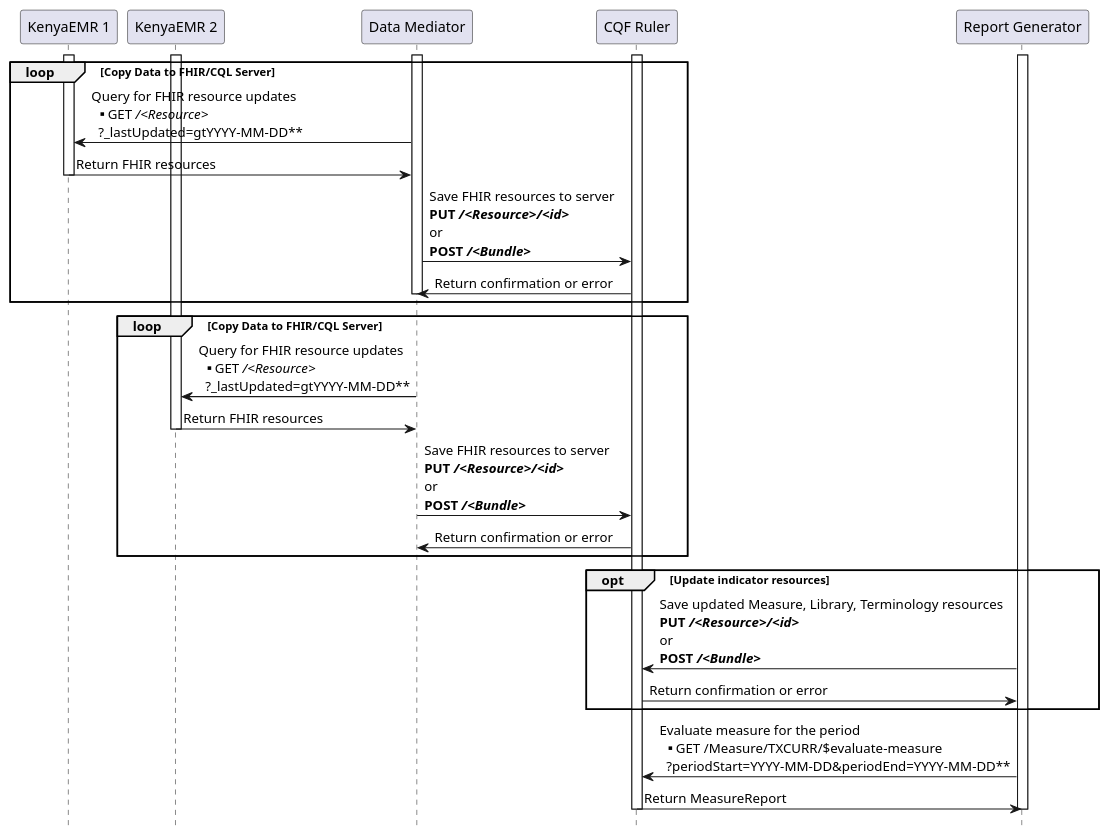
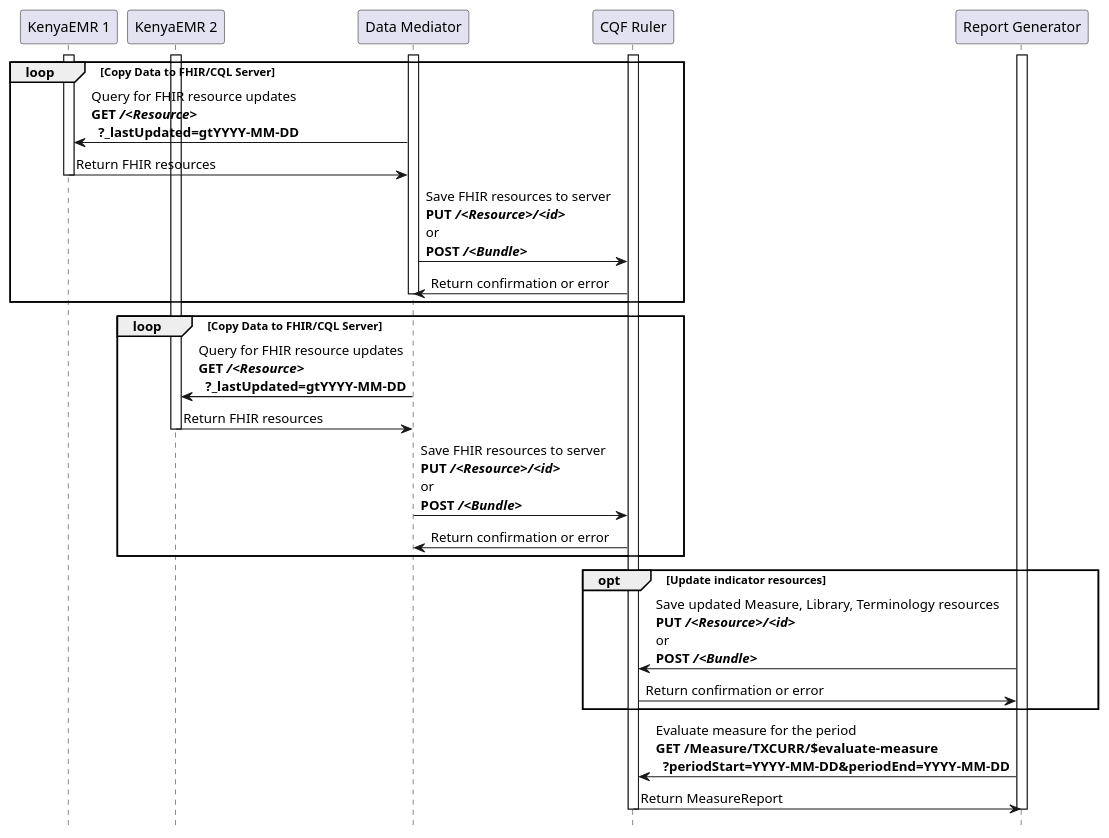
Before and after one commit to PATH-Global-Health/MERindicators: the diagram in input/images-source/multiple-workflow.plantuml, drawn with PlantUML. The commit also changed 2 other files, not shown here.

Commit message:
Fixed formatting error in plantuml files over linefeed.

```diff
--- a/input/images-source/multiple-workflow.plantuml
+++ b/input/images-source/multiple-workflow.plantuml
@@ -1,44 +1,44 @@
 @startuml
 skinparam svgDimensionStyle false
 hide footbox
 participant "KenyaEMR 1" as EMR1
 participant "KenyaEMR 2" as EMR2
 participant "Data Mediator" as Data
 participant "CQF Ruler" as CQL
 participant "Report Generator" as Report 
 
 activate CQL
 loop Copy Data to FHIR/CQL Server
   activate Data
   activate EMR1
-  Data -> EMR1: Query for FHIR resource updates\n**GET ///<Resource>//\n  ?_lastUpdated=gtYYYY-MM-DD**
+  Data -> EMR1: Query for FHIR resource updates\n**GET ///<Resource>//**\n  **?_lastUpdated=gtYYYY-MM-DD**
   EMR1 -> Data: Return FHIR resources
   deactivate EMR1
   Data -> CQL: Save FHIR resources to server\n**PUT ///<Resource>/////<id>//**\nor\n**POST ///<Bundle>//**
   CQL -> Data: Return confirmation or error
   deactivate Data
 end
 
 loop Copy Data to FHIR/CQL Server
   activate Data
   activate EMR2
-  Data -> EMR2: Query for FHIR resource updates\n**GET ///<Resource>//\n  ?_lastUpdated=gtYYYY-MM-DD**
+  Data -> EMR2: Query for FHIR resource updates\n**GET ///<Resource>//**\n  **?_lastUpdated=gtYYYY-MM-DD**
   EMR2 -> Data: Return FHIR resources
   deactivate EMR2
   Data -> CQL: Save FHIR resources to server\n**PUT ///<Resource>/////<id>//**\nor\n**POST ///<Bundle>//**
   CQL -> Data: Return confirmation or error
   deactivate Data
 end
 
 activate Report
 opt Update indicator resources
   Report -> CQL: Save updated Measure, Library, Terminology resources\n**PUT ///<Resource>/////<id>//**\nor\n**POST ///<Bundle>//**
   CQL -> Report: Return confirmation or error
 end
 
-Report -> CQL: Evaluate measure for the period\n**GET /Measure/TXCURR/$evaluate-measure\n  ?periodStart=YYYY-MM-DD&periodEnd=YYYY-MM-DD**
+Report -> CQL: Evaluate measure for the period\n**GET /Measure/TXCURR/$evaluate-measure**\n  **?periodStart=YYYY-MM-DD&periodEnd=YYYY-MM-DD**
 CQL -> Report: Return MeasureReport
 deactivate Report
 deactivate CQL
 
 @enduml
```
